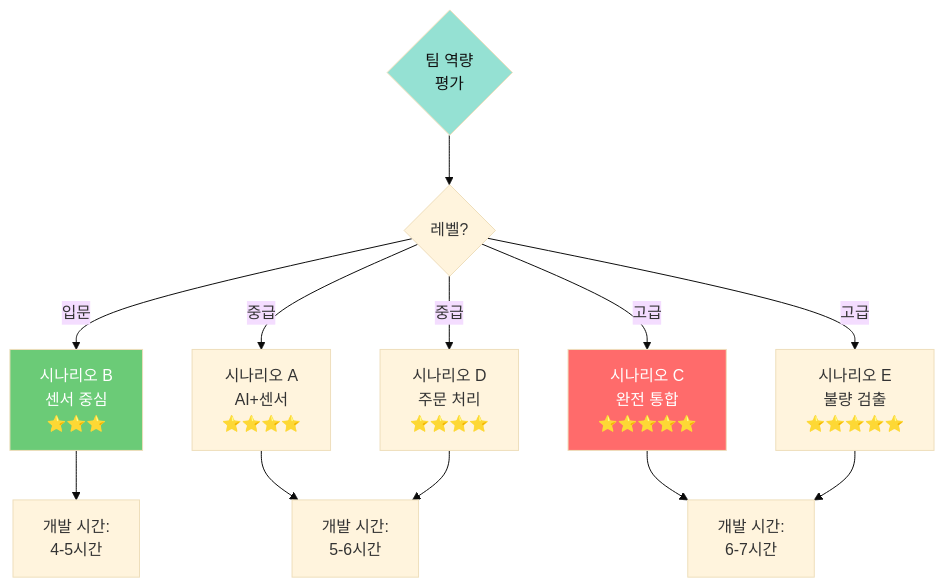
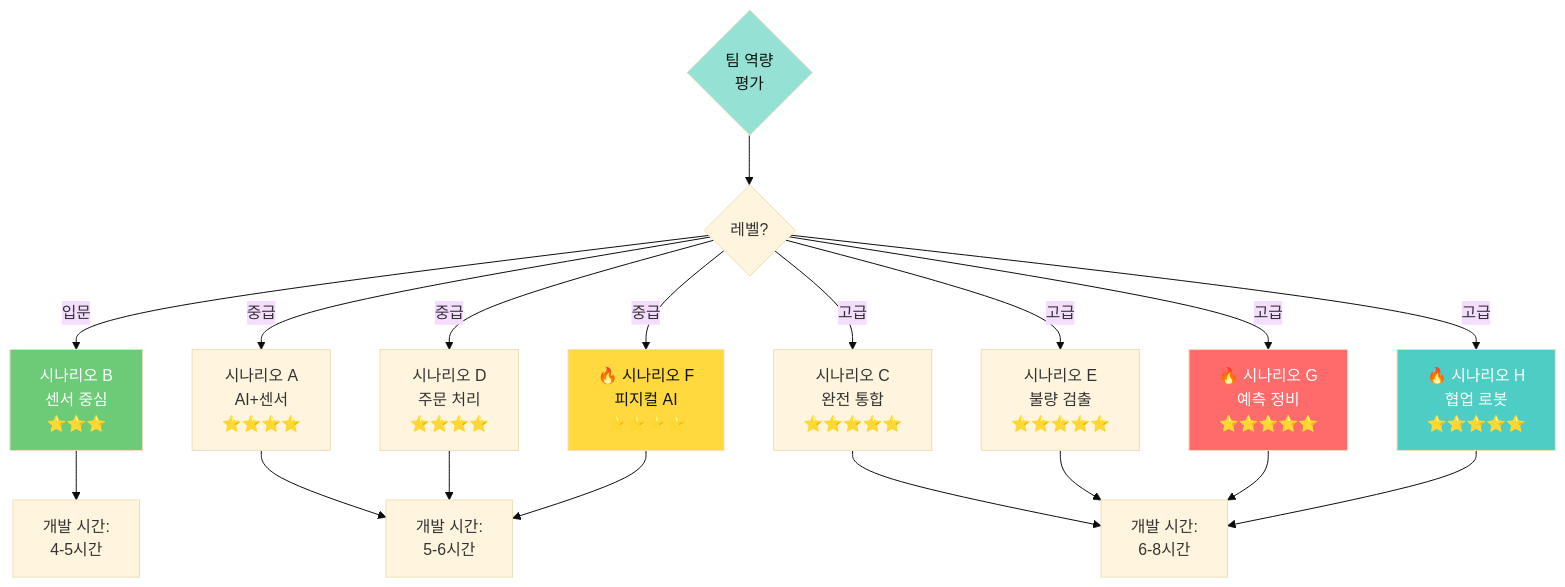
Before and after one commit to Collegenie-X/Smart_Factory_Arms_Project: the first of 12 diagrams in curriculum/교육_커리큘럼_ 시나리오_상세가이드_Day3.md, drawn with Mermaid (base theme). The commit also changed other lines of this file and 20 other files, not shown here.

````diff
--- a/curriculum/교육_커리큘럼_ 시나리오_상세가이드_Day3.md
+++ b/curriculum/교육_커리큘럼_ 시나리오_상세가이드_Day3.md
@@ -24,20 +34,30 @@
 ```mermaid
 graph TD
     START{팀 역량<br/>평가} --> LEVEL{레벨?}
     
     LEVEL -->|입문| BASIC[시나리오 B<br/>센서 중심<br/>⭐⭐⭐]
+    
     LEVEL -->|중급| INTER1[시나리오 A<br/>AI+센서<br/>⭐⭐⭐⭐]
     LEVEL -->|중급| INTER2[시나리오 D<br/>주문 처리<br/>⭐⭐⭐⭐]
+    LEVEL -->|중급| INTER3[🔥 시나리오 F<br/>피지컬 AI<br/>⭐⭐⭐⭐]
+    
     LEVEL -->|고급| ADV1[시나리오 C<br/>완전 통합<br/>⭐⭐⭐⭐⭐]
     LEVEL -->|고급| ADV2[시나리오 E<br/>불량 검출<br/>⭐⭐⭐⭐⭐]
+    LEVEL -->|고급| ADV3[🔥 시나리오 G<br/>예측 정비<br/>⭐⭐⭐⭐⭐]
+    LEVEL -->|고급| ADV4[🔥 시나리오 H<br/>협업 로봇<br/>⭐⭐⭐⭐⭐]
     
     BASIC --> TIME[개발 시간:<br/>4-5시간]
     INTER1 --> TIME2[개발 시간:<br/>5-6시간]
     INTER2 --> TIME2
-    ADV1 --> TIME3[개발 시간:<br/>6-7시간]
+    INTER3 --> TIME2
+    ADV1 --> TIME3[개발 시간:<br/>6-8시간]
     ADV2 --> TIME3
+    ADV3 --> TIME3
+    ADV4 --> TIME3
     
     style START fill:#95E1D3,color:#111
     style BASIC fill:#6BCB77,color:#fff
-    style ADV1 fill:#FF6B6B,color:#fff
+    style INTER3 fill:#FFD93D,color:#111
+    style ADV3 fill:#FF6B6B,color:#fff
+    style ADV4 fill:#4ECDC4,color:#fff
 ```
````
